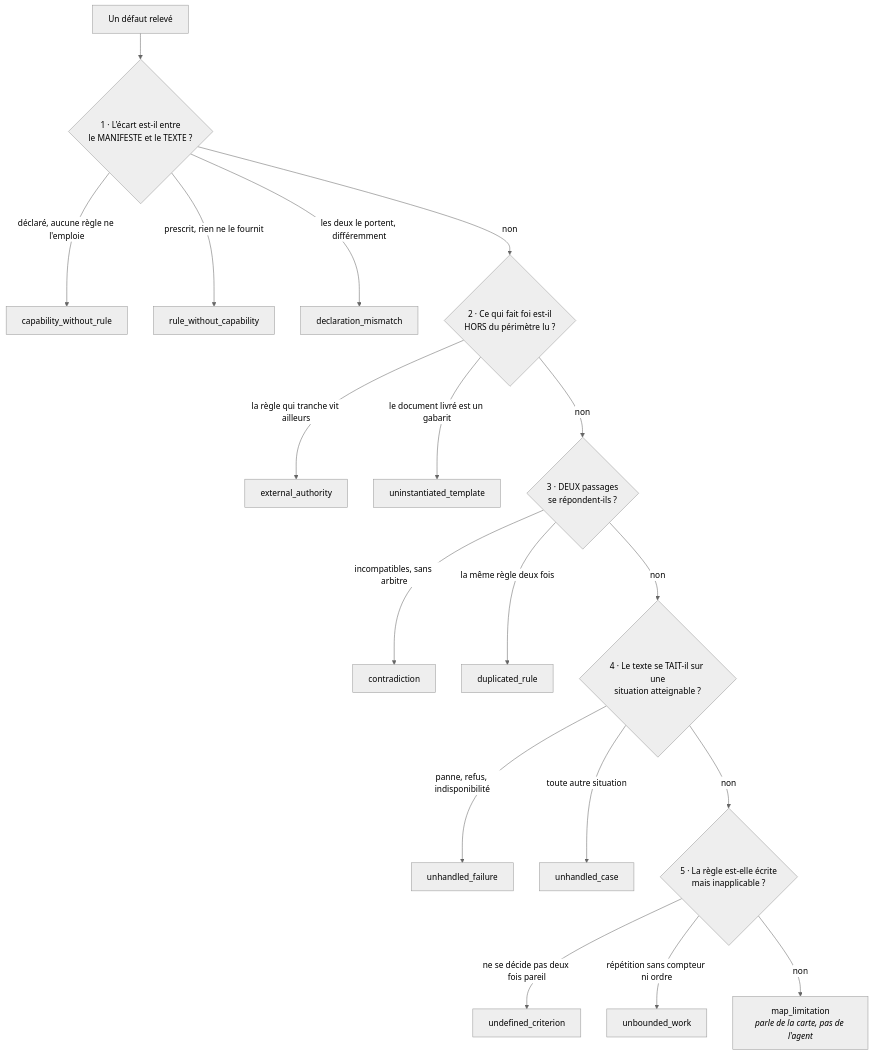
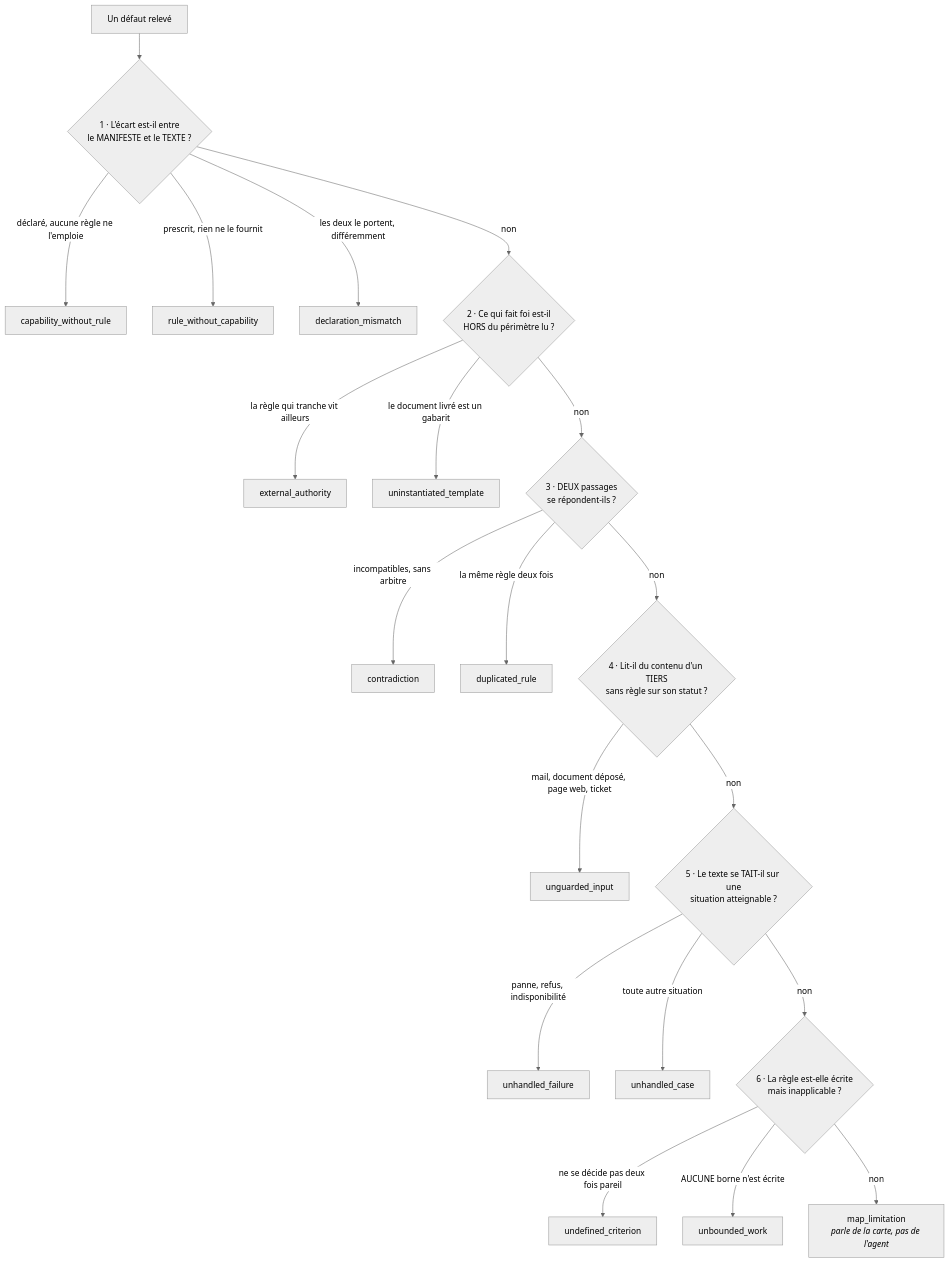
One commit to appstrate/appstrate changed the first of 2 diagrams in examples/logic-map/ONTOLOGIE.md. Above: the diagram before and after it, drawn with Mermaid (neutral theme). The commit also changed other lines of this file and 13 other files, not shown here.

First line of the commit message:
feat(logic-map): une treizième famille, et une frontière tranchée par la mesure

````diff
--- a/examples/logic-map/ONTOLOGIE.md
+++ b/examples/logic-map/ONTOLOGIE.md
@@ -49,25 +49,28 @@
 ```mermaid
 flowchart TD
     D["Un défaut relevé"] --> Q1{"1 · L'écart est-il entre<br/>le MANIFESTE et le TEXTE ?"}
 
     Q1 -->|"déclaré, aucune règle ne l'emploie"| A1["capability_without_rule"]
     Q1 -->|"prescrit, rien ne le fournit"| A2["rule_without_capability"]
     Q1 -->|"les deux le portent, différemment"| A3["declaration_mismatch"]
     Q1 -->|non| Q2{"2 · Ce qui fait foi est-il<br/>HORS du périmètre lu ?"}
 
     Q2 -->|"la règle qui tranche vit ailleurs"| B1["external_authority"]
     Q2 -->|"le document livré est un gabarit"| B2["uninstantiated_template"]
     Q2 -->|non| Q3{"3 · DEUX passages<br/>se répondent-ils ?"}
 
     Q3 -->|"incompatibles, sans arbitre"| C1["contradiction"]
     Q3 -->|"la même règle deux fois"| C2["duplicated_rule"]
-    Q3 -->|non| Q4{"4 · Le texte se TAIT-il sur une<br/>situation atteignable ?"}
+    Q3 -->|non| Q4{"4 · Lit-il du contenu d'un TIERS<br/>sans règle sur son statut ?"}
 
-    Q4 -->|"panne, refus, indisponibilité"| E1["unhandled_failure"]
-    Q4 -->|"toute autre situation"| E2["unhandled_case"]
-    Q4 -->|non| Q5{"5 · La règle est-elle écrite<br/>mais inapplicable ?"}
+    Q4 -->|"mail, document déposé, page web, ticket"| D1["unguarded_input"]
+    Q4 -->|non| Q5{"5 · Le texte se TAIT-il sur une<br/>situation atteignable ?"}
 
-    Q5 -->|"ne se décide pas deux fois pareil"| F1["undefined_criterion"]
-    Q5 -->|"répétition sans compteur ni ordre"| F2["unbounded_work"]
-    Q5 -->|non| G["map_limitation<br/><i>parle de la carte, pas de l'agent</i>"]
+    Q5 -->|"panne, refus, indisponibilité"| E1["unhandled_failure"]
+    Q5 -->|"toute autre situation"| E2["unhandled_case"]
+    Q5 -->|non| Q6{"6 · La règle est-elle écrite<br/>mais inapplicable ?"}
+
+    Q6 -->|"ne se décide pas deux fois pareil"| F1["undefined_criterion"]
+    Q6 -->|"AUCUNE borne n'est écrite"| F2["unbounded_work"]
+    Q6 -->|non| G["map_limitation<br/><i>parle de la carte, pas de l'agent</i>"]
 ```
````
